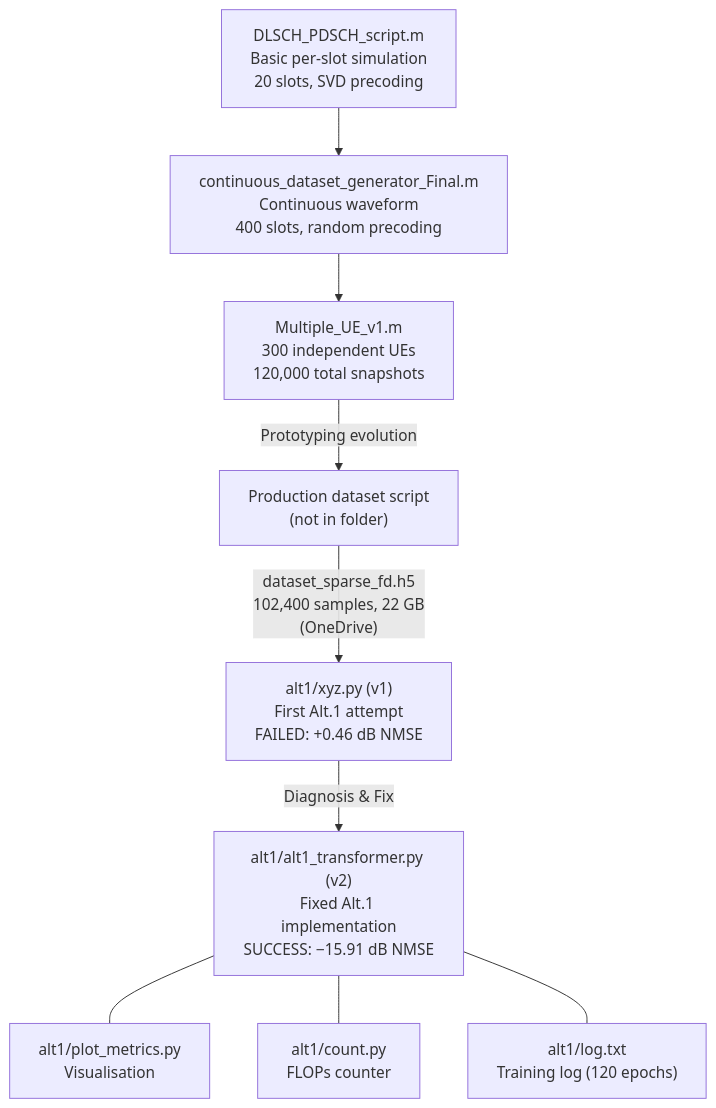
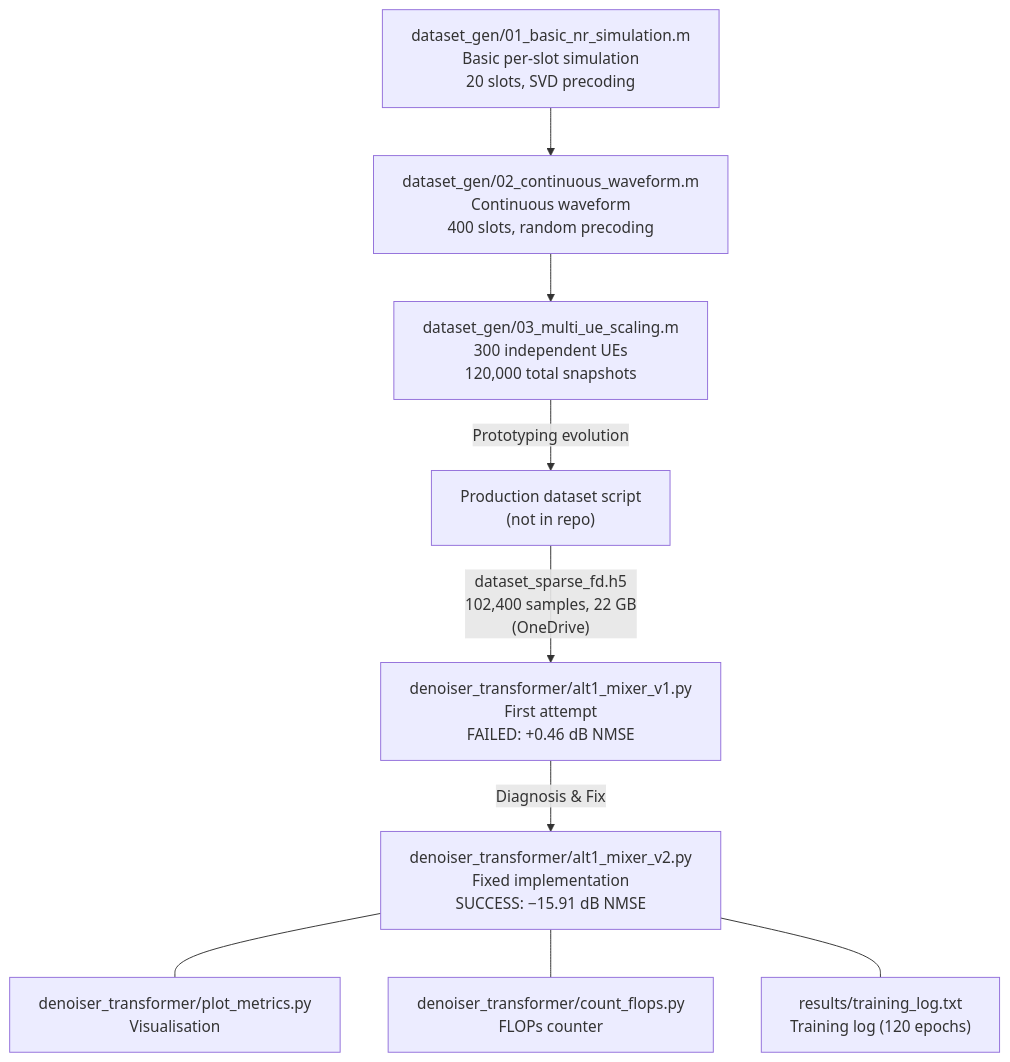
Before and after one commit to ABTG716/6G-AI-Sparse-DMRS-Estimation: the diagram in timeline_and_report/project_report.md, drawn with Mermaid. The commit also changed other lines of this file and 1 other file, not shown here.

First line of the commit message:
Update all file references in report and timeline to match repo structure

````diff
--- a/timeline_and_report/project_report.md
+++ b/timeline_and_report/project_report.md
@@ -515,11 +515,11 @@
 ```mermaid
 graph TD
-    A["DLSCH_PDSCH_script.m<br/>Basic per-slot simulation<br/>20 slots, SVD precoding"] --> B["continuous_dataset_generator_Final.m<br/>Continuous waveform<br/>400 slots, random precoding"]
-    B --> C["Multiple_UE_v1.m<br/>300 independent UEs<br/>120,000 total snapshots"]
-    C -->|"Prototyping evolution"| X["Production dataset script<br/>(not in folder)"]
-    X -->|"dataset_sparse_fd.h5<br/>102,400 samples, 22 GB<br/>(OneDrive)"| D["alt1/xyz.py (v1)<br/>First Alt.1 attempt<br/>FAILED: +0.46 dB NMSE"]
-    D -->|"Diagnosis & Fix"| E["alt1/alt1_transformer.py (v2)<br/>Fixed Alt.1 implementation<br/>SUCCESS: −15.91 dB NMSE"]
-    E --- F["alt1/plot_metrics.py<br/>Visualisation"]
-    E --- G["alt1/count.py<br/>FLOPs counter"]
-    E --- H["alt1/log.txt<br/>Training log (120 epochs)"]
+    A["dataset_gen/01_basic_nr_simulation.m<br/>Basic per-slot simulation<br/>20 slots, SVD precoding"] --> B["dataset_gen/02_continuous_waveform.m<br/>Continuous waveform<br/>400 slots, random precoding"]
+    B --> C["dataset_gen/03_multi_ue_scaling.m<br/>300 independent UEs<br/>120,000 total snapshots"]
+    C -->|"Prototyping evolution"| X["Production dataset script<br/>(not in repo)"]
+    X -->|"dataset_sparse_fd.h5<br/>102,400 samples, 22 GB<br/>(OneDrive)"| D["denoiser_transformer/alt1_mixer_v1.py<br/>First attempt<br/>FAILED: +0.46 dB NMSE"]
+    D -->|"Diagnosis & Fix"| E["denoiser_transformer/alt1_mixer_v2.py<br/>Fixed implementation<br/>SUCCESS: −15.91 dB NMSE"]
+    E --- F["denoiser_transformer/plot_metrics.py<br/>Visualisation"]
+    E --- G["denoiser_transformer/count_flops.py<br/>FLOPs counter"]
+    E --- H["results/training_log.txt<br/>Training log (120 epochs)"]
 ```
````
